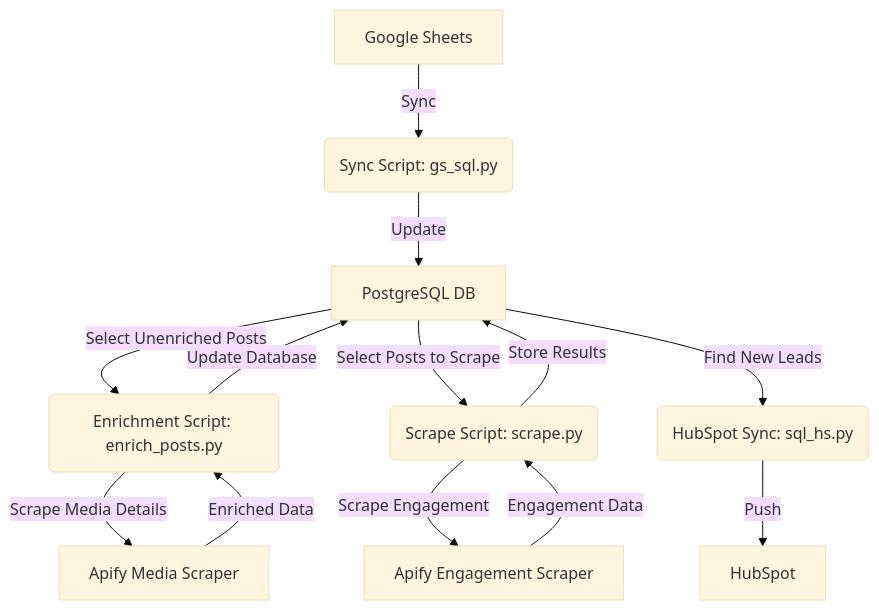
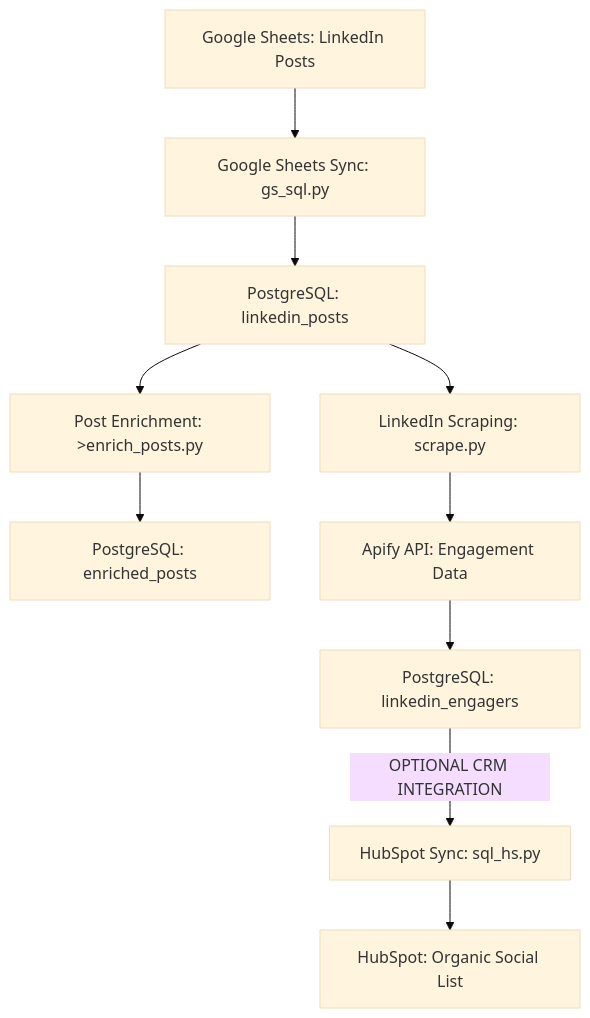
One commit to tom-youngblood/linkedin-analytics-airflow changed the diagram in README.md. Above: the diagram before and after it, drawn with Mermaid (base theme). The commit also changed other lines of this file and 63 other files, not shown here.

````diff
--- a/README.md
+++ b/README.md
@@ -20,15 +42,15 @@
 ```mermaid
-graph TD;
-    A[Google Sheets] -->|Sync| B(Sync Script: gs_sql.py)
-    B -->|Update| C[PostgreSQL DB]
-    C -->|Select Unenriched Posts| D(Enrichment Script: enrich_posts.py)
-    D -->|Scrape Media Details| E[Apify Media Scraper]
-    E -->|Enriched Data| D
-    D -->|Update Database| C
-    C -->|Select Posts to Scrape| F(Scrape Script: scrape.py)
-    F -->|Scrape Engagement| G[Apify Engagement Scraper]
-    G -->|Engagement Data| F
-    F -->|Store Results| C
-    C -->|Find New Leads| H(HubSpot Sync: sql_hs.py)
-    H -->|Push| I[HubSpot]
+graph TD
+    A[Google Sheets: LinkedIn Posts] --> B[Google Sheets Sync: gs_sql.py]
+    B --> C[PostgreSQL: linkedin_posts]
+    
+    C --> D[Post Enrichment: >enrich_posts.py]
+    D --> E[PostgreSQL: enriched_posts]
+    
+    C --> F[LinkedIn Scraping: scrape.py]
+    F --> G[Apify API: Engagement Data]
+    G --> H[PostgreSQL: linkedin_engagers]
+    
+    H -- OPTIONAL CRM INTEGRATION --> I[HubSpot Sync: sql_hs.py]
+    I --> J[HubSpot: Organic Social List]
 ```
````
